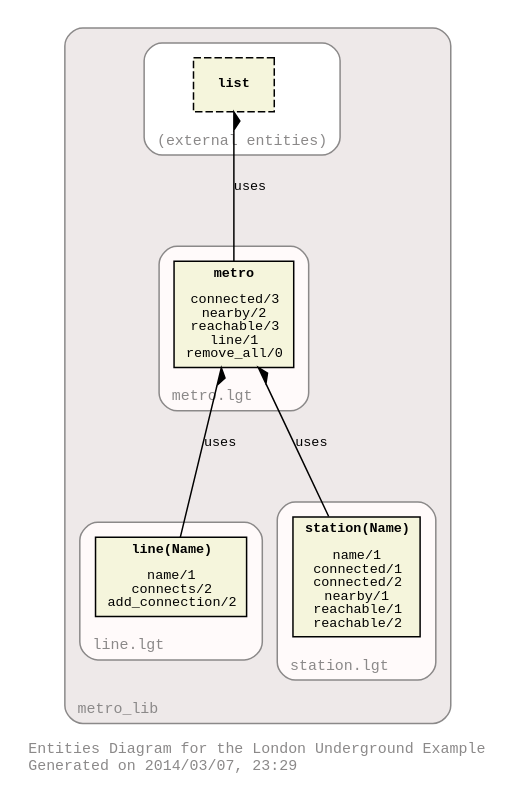
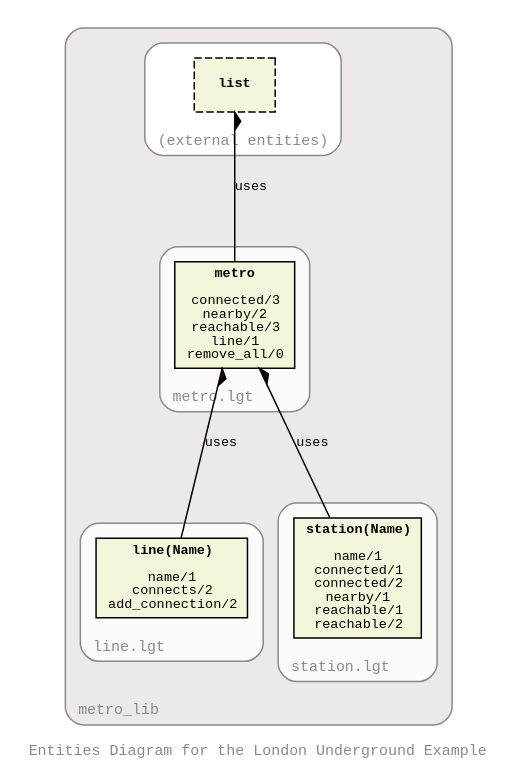
The diagram in src/main/resources/org/jpc/examples/metro/dot_diagrams/metro_lib_entity_diagram.dot (java-prolog-connectivity/jpc.examples), drawn with Graphviz before and after one commit. The commit also changed 2 other files, not shown here.

```diff
--- a/src/main/resources/org/jpc/examples/metro/dot_diagrams/metro_lib_entity_diagram.dot
+++ b/src/main/resources/org/jpc/examples/metro/dot_diagrams/metro_lib_entity_diagram.dot
@@ -1,89 +1,89 @@
 digraph metro_lib {
 rankdir="BT"
 ranksep="1.25"
 compound="true"
 splines="true"
 pack="true"
 clusterrank="local"
 labeljust="l"
 margin="1.0"
 fontname="Courier"
 fontsize="10"
 fontcolor="snow4"
 pencolor="snow4"
 node [shape="ellipse",style="filled",fillcolor="white",fontname="Courier",fontsize="9"]
 edge [fontname="Courier",fontsize="9"]
-label="Entities Diagram for the London Underground Example\lGenerated on 2014/03/07, 23:29\l"
+label="Entities Diagram for the London Underground Example\l"
 
 subgraph "cluster_library_metro_lib" {
 tooltip="/Users/sergioc/Documents/workspaces/heal/jpc_examples/src/main/resources/org/jpc/examples/metro/"
 bgcolor="snow2"
 style="rounded"
 margin="10"
 label="metro_lib"
 subgraph "cluster_file_/Users/sergioc/Documents/workspaces/heal/jpc_examples/src/main/resources/org/jpc/examples/metro/generate_docs.lgt" {
 tooltip="/Users/sergioc/Documents/workspaces/heal/jpc_examples/src/main/resources/org/jpc/examples/metro/generate_docs.lgt"
 bgcolor="snow"
 style="rounded"
 margin="10"
 label="generate_docs.lgt"
 }
 
 subgraph "cluster_file_/Users/sergioc/Documents/workspaces/heal/jpc_examples/src/main/resources/org/jpc/examples/metro/metro.lgt" {
 tooltip="/Users/sergioc/Documents/workspaces/heal/jpc_examples/src/main/resources/org/jpc/examples/metro/metro.lgt"
 bgcolor="snow"
 style="rounded"
 margin="10"
 label="metro.lgt"
 "metro" [shape="box",tooltip="prototype",style="filled",fillcolor="beige",label=<<B>metro</B><BR/> <BR/><![CDATA[connected/3]]><BR/><![CDATA[nearby/2]]><BR/><![CDATA[reachable/3]]><BR/><![CDATA[line/1]]><BR/><![CDATA[remove_all/0]]><BR/>>]
 }
 
 subgraph "cluster_file_/Users/sergioc/Documents/workspaces/heal/jpc_examples/src/main/resources/org/jpc/examples/metro/station.lgt" {
 tooltip="/Users/sergioc/Documents/workspaces/heal/jpc_examples/src/main/resources/org/jpc/examples/metro/station.lgt"
 bgcolor="snow"
 style="rounded"
 margin="10"
 label="station.lgt"
 "station(Name)" [shape="box",tooltip="prototype",style="filled",fillcolor="beige",label=<<B>station(Name)</B><BR/> <BR/><![CDATA[name/1]]><BR/><![CDATA[connected/1]]><BR/><![CDATA[connected/2]]><BR/><![CDATA[nearby/1]]><BR/><![CDATA[reachable/1]]><BR/><![CDATA[reachable/2]]><BR/>>]
 }
 
 subgraph "cluster_file_/Users/sergioc/Documents/workspaces/heal/jpc_examples/src/main/resources/org/jpc/examples/metro/line.lgt" {
 tooltip="/Users/sergioc/Documents/workspaces/heal/jpc_examples/src/main/resources/org/jpc/examples/metro/line.lgt"
 bgcolor="snow"
 style="rounded"
 margin="10"
 label="line.lgt"
 "line(Name)" [shape="box",tooltip="prototype",style="filled",fillcolor="beige",label=<<B>line(Name)</B><BR/> <BR/><![CDATA[name/1]]><BR/><![CDATA[connects/2]]><BR/><![CDATA[add_connection/2]]><BR/>>]
 }
 
 subgraph "cluster_file_/Users/sergioc/Documents/workspaces/heal/jpc_examples/src/main/resources/org/jpc/examples/metro/generate_diagrams.lgt" {
 tooltip="/Users/sergioc/Documents/workspaces/heal/jpc_examples/src/main/resources/org/jpc/examples/metro/generate_diagrams.lgt"
 bgcolor="snow"
 style="rounded"
 margin="10"
 label="generate_diagrams.lgt"
 }
 
 subgraph "cluster_file_/Users/sergioc/Documents/workspaces/heal/jpc_examples/src/main/resources/org/jpc/examples/metro/load_all.lgt" {
 tooltip="/Users/sergioc/Documents/workspaces/heal/jpc_examples/src/main/resources/org/jpc/examples/metro/load_all.lgt"
 bgcolor="snow"
 style="rounded"
 margin="10"
 label="load_all.lgt"
 }
 
 subgraph "cluster_other" {
 tooltip="(external entities)"
 bgcolor="white"
 style="rounded"
 margin="10"
 label="(external entities)"
 "list" [shape="box",tooltip="prototype",style="filled,dashed",fillcolor="beige",label=<<B>list</B>>]
 }
 
 "metro" -> "list" [arrowhead="rdiamond",tooltip="uses",label=<<![CDATA[uses]]><BR/>>]
 "station(Name)" -> "metro" [arrowhead="rdiamond",tooltip="uses",label=<<![CDATA[uses]]><BR/>>]
 "line(Name)" -> "metro" [arrowhead="rdiamond",tooltip="uses",label=<<![CDATA[uses]]><BR/>>]
 }
 
 }
```
